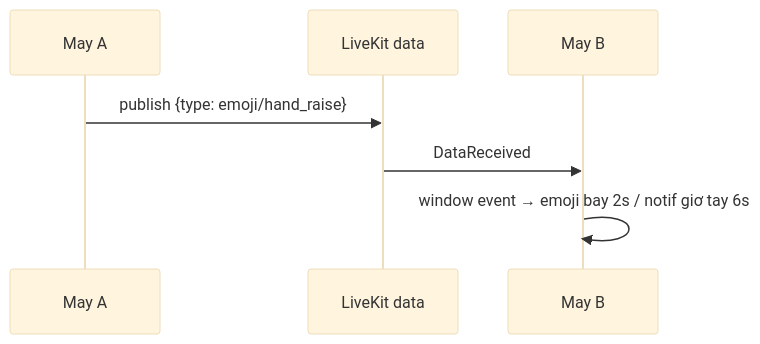
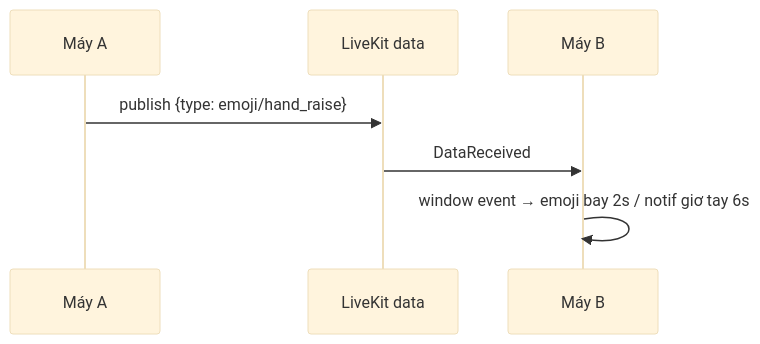
Diagram 12 of 14 in docs/workflow.md (bexanhtuoi/E-Room), drawn with Mermaid (base theme) before and after one commit. The commit also changed other lines of this file and 7 other files, not shown here.

````diff
--- a/docs/workflow.md
+++ b/docs/workflow.md
@@ -115,9 +187,9 @@
 ```mermaid
 sequenceDiagram
-    participant A as May A
+    participant A as Máy A
     participant L as LiveKit data
-    participant B as May B
+    participant B as Máy B
     A->>L: publish {type: emoji/hand_raise}
     L->>B: DataReceived
     B->>B: window event → emoji bay 2s / notif giơ tay 6s
 ```
````
